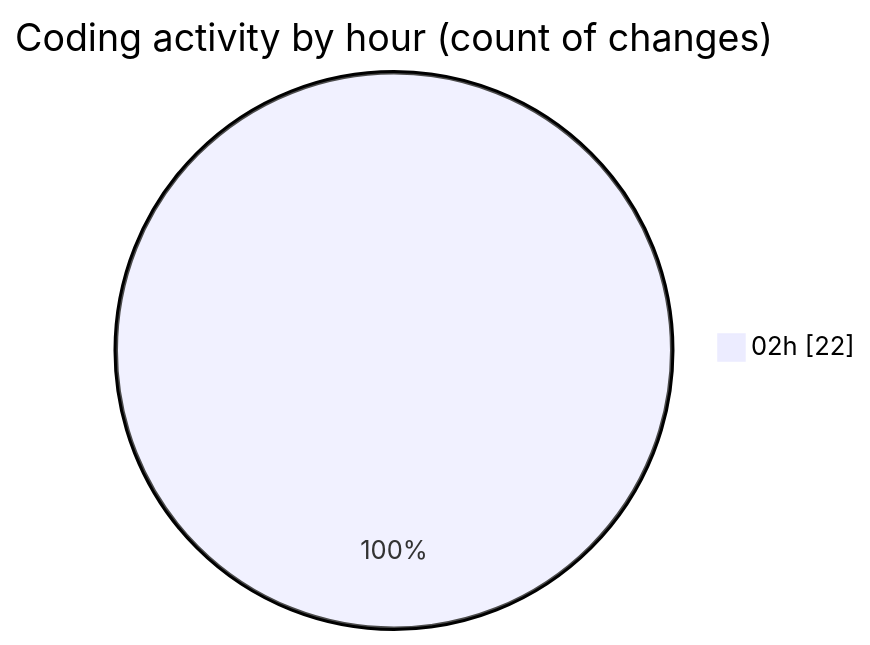
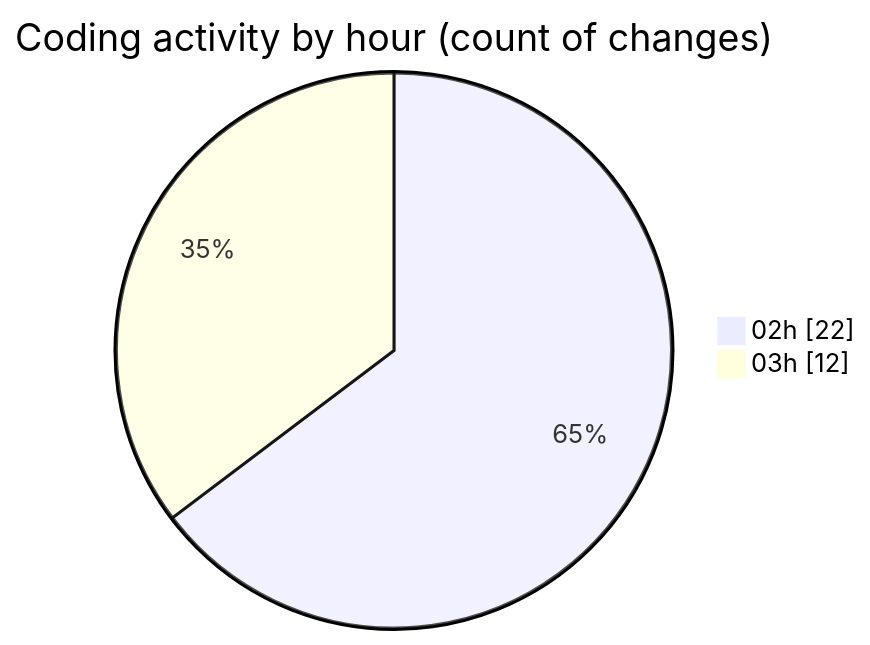
One commit to EIIisD/code-tracking changed the second of 2 diagrams in 2025-07-11/ribbon/README.md. Above: the diagram before and after it, drawn with Mermaid. The commit also changed other lines of this file and 1 other file, not shown here.

````diff
--- a/2025-07-11/ribbon/README.md
+++ b/2025-07-11/ribbon/README.md
@@ -39,5 +39,6 @@
 ```mermaid
 pie showData
 title Coding activity by hour (count of changes)
 "02h" : 22
+"03h" : 12
 ```
````
